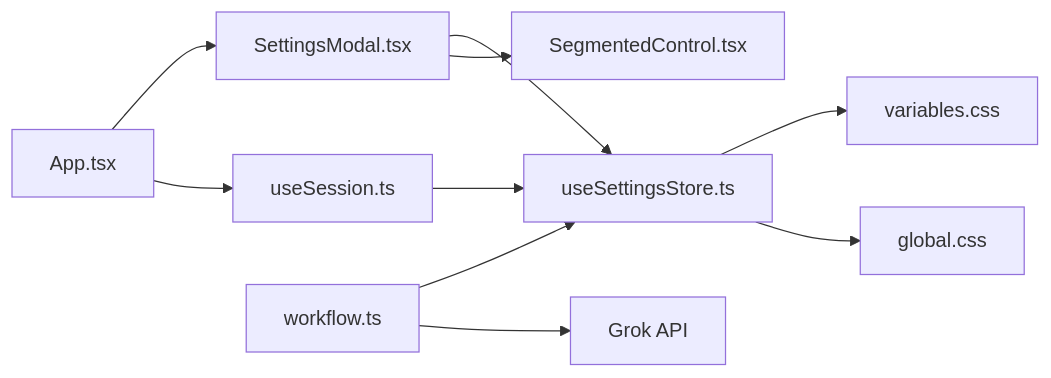
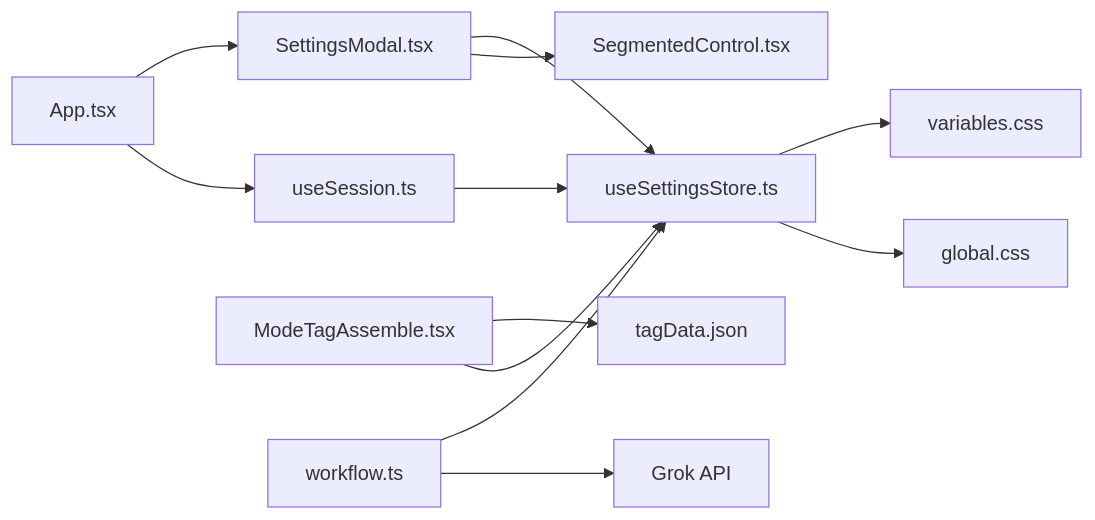
Before and after one commit to billye220670/CorineKit_Pix2Real: the ninth of 9 diagrams in .qoder/repowiki/zh/content/前端应用/UI 组件库/设置对话框组件.md, drawn with Mermaid. The commit also changed other lines of this file and 5 other files, not shown here.

````diff
--- a/.qoder/repowiki/zh/content/前端应用/UI 组件库/设置对话框组件.md
+++ b/.qoder/repowiki/zh/content/前端应用/UI 组件库/设置对话框组件.md
@@ -360,12 +415,14 @@
 ```mermaid
 graph LR
 APP["App.tsx"] --> SM["SettingsModal.tsx"]
 SM --> USS["useSettingsStore.ts"]
 SM --> SC["SegmentedControl.tsx"]
 APP --> USession["useSession.ts"]
 USession --> USS
 USS --> VAR["variables.css"]
 USS --> GLOB["global.css"]
+MTA["ModeTagAssemble.tsx"] --> TD["tagData.json"]
+MTA --> USS
 WF["workflow.ts"] --> USS
 WF --> GROK["Grok API"]
 ```
````
